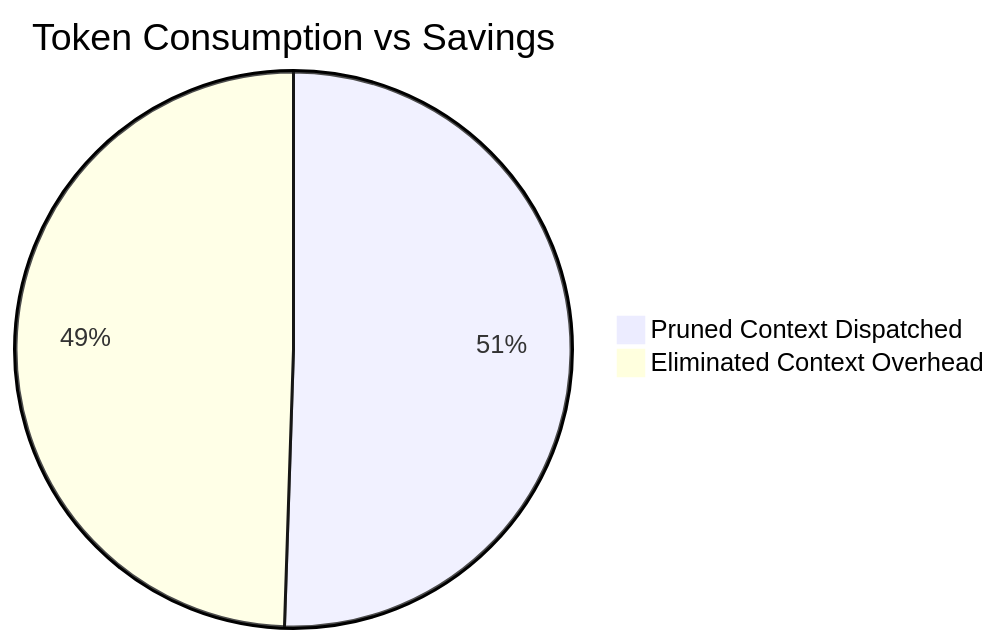
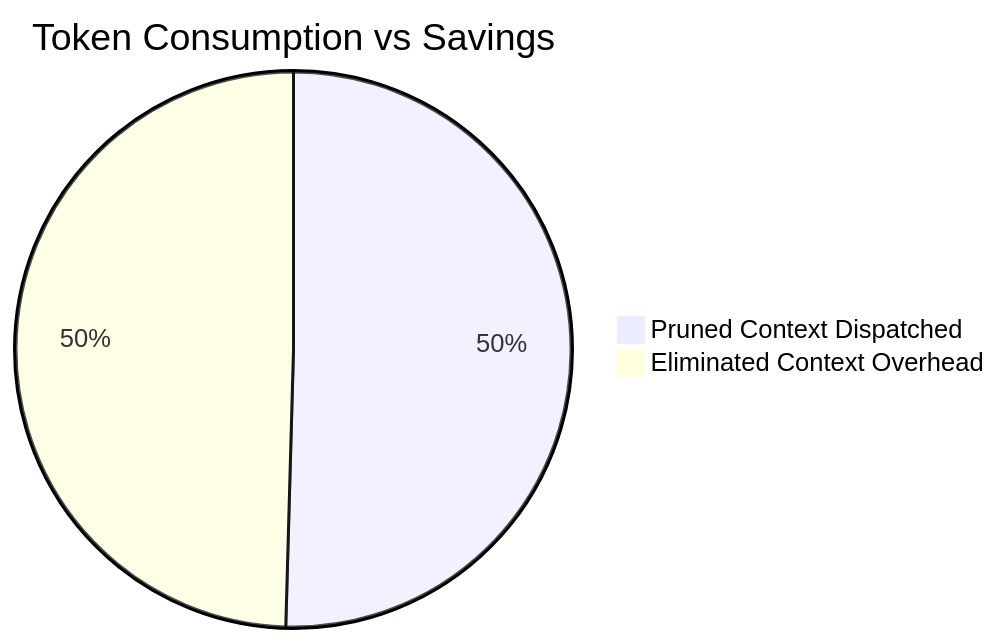
The diagram in workplace/docs/reports/token_savings_report.md (lakhwindersingh/nb_fairyfly), drawn with Mermaid before and after one commit. The commit also changed other lines of this file and 11 other files, not shown here.

````diff
--- a/workplace/docs/reports/token_savings_report.md
+++ b/workplace/docs/reports/token_savings_report.md
@@ -26,5 +26,5 @@
 ```mermaid
 pie title Token Consumption vs Savings
-    "Pruned Context Dispatched" : 3492690
-    "Eliminated Context Overhead" : 3421101
+    "Pruned Context Dispatched" : 3590659
+    "Eliminated Context Overhead" : 3527497
 ```
````
